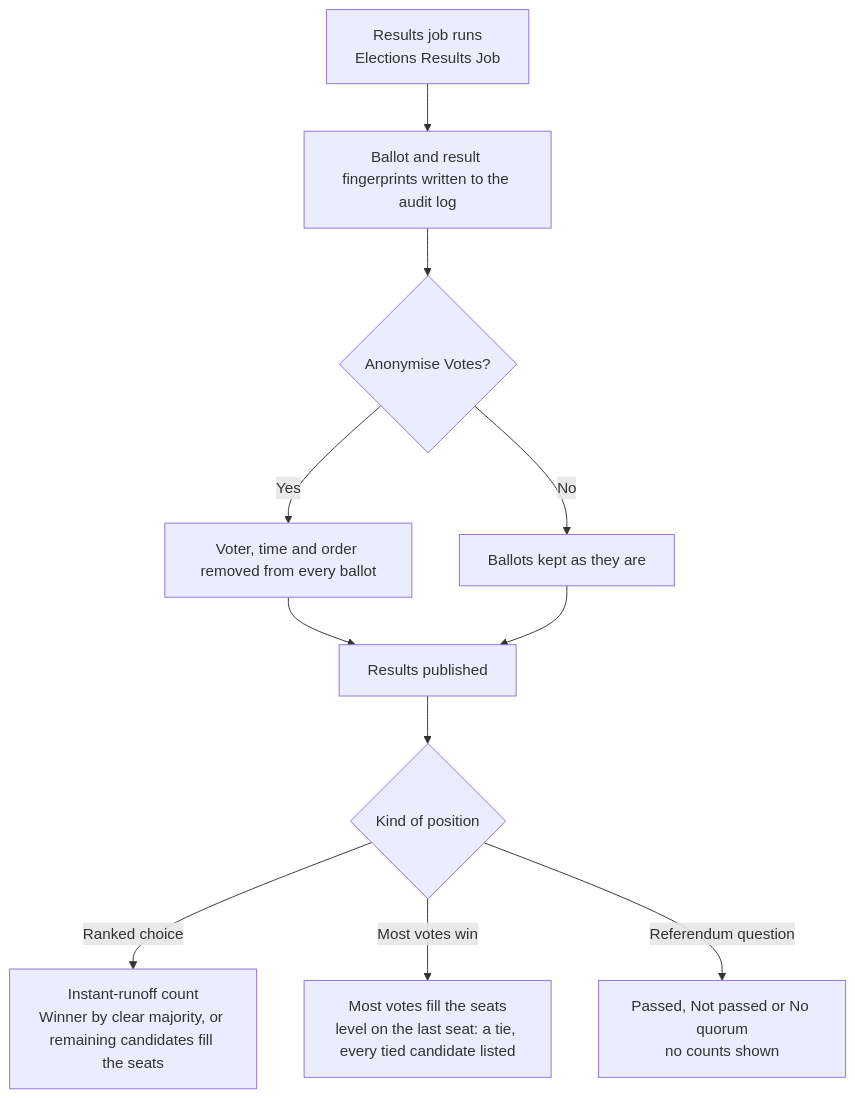
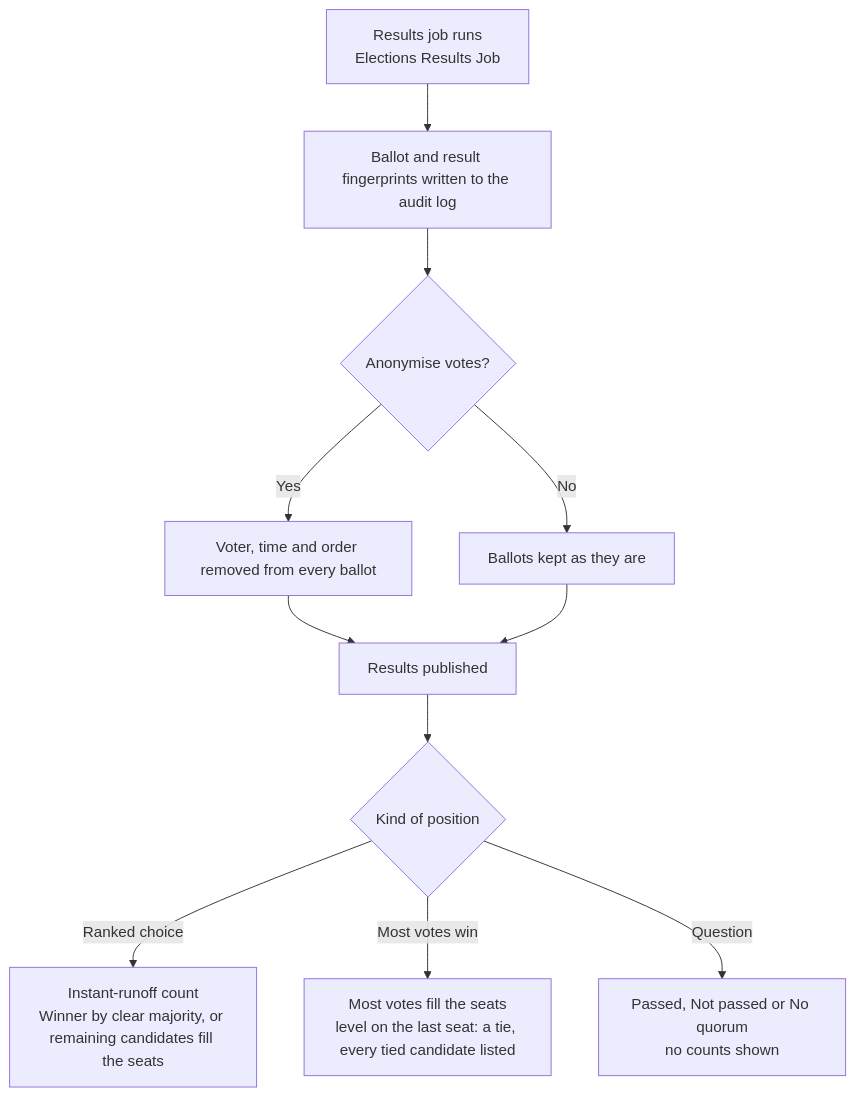
One commit to agileware/au.com.agileware.elections changed the seventh of 8 diagrams in docs/workflows.md. Above: the diagram before and after it, drawn with Mermaid. The commit also changed other lines of this file and 198 other files, not shown here.

````diff
--- a/docs/workflows.md
+++ b/docs/workflows.md
@@ -114,13 +114,13 @@
 ```mermaid
 flowchart TD
     R1["Results job runs<br/>Elections Results Job"] --> R2["Ballot and result fingerprints written to the audit log"]
-    R2 --> R3{"Anonymise Votes?"}
+    R2 --> R3{"Anonymise votes?"}
     R3 -->|Yes| R4["Voter, time and order removed from every ballot"]
     R3 -->|No| R5["Ballots kept as they are"]
     R4 --> R6["Results published"]
     R5 --> R6
     R6 --> R7{"Kind of position"}
     R7 -->|"Ranked choice"| R8["Instant-runoff count<br/>Winner by clear majority, or remaining candidates fill the seats"]
     R7 -->|"Most votes win"| R9["Most votes fill the seats<br/>level on the last seat: a tie, every tied candidate listed"]
-    R7 -->|"Referendum question"| R10["Passed, Not passed or No quorum<br/>no counts shown"]
+    R7 -->|"Question"| R10["Passed, Not passed or No quorum<br/>no counts shown"]
 ```
````
